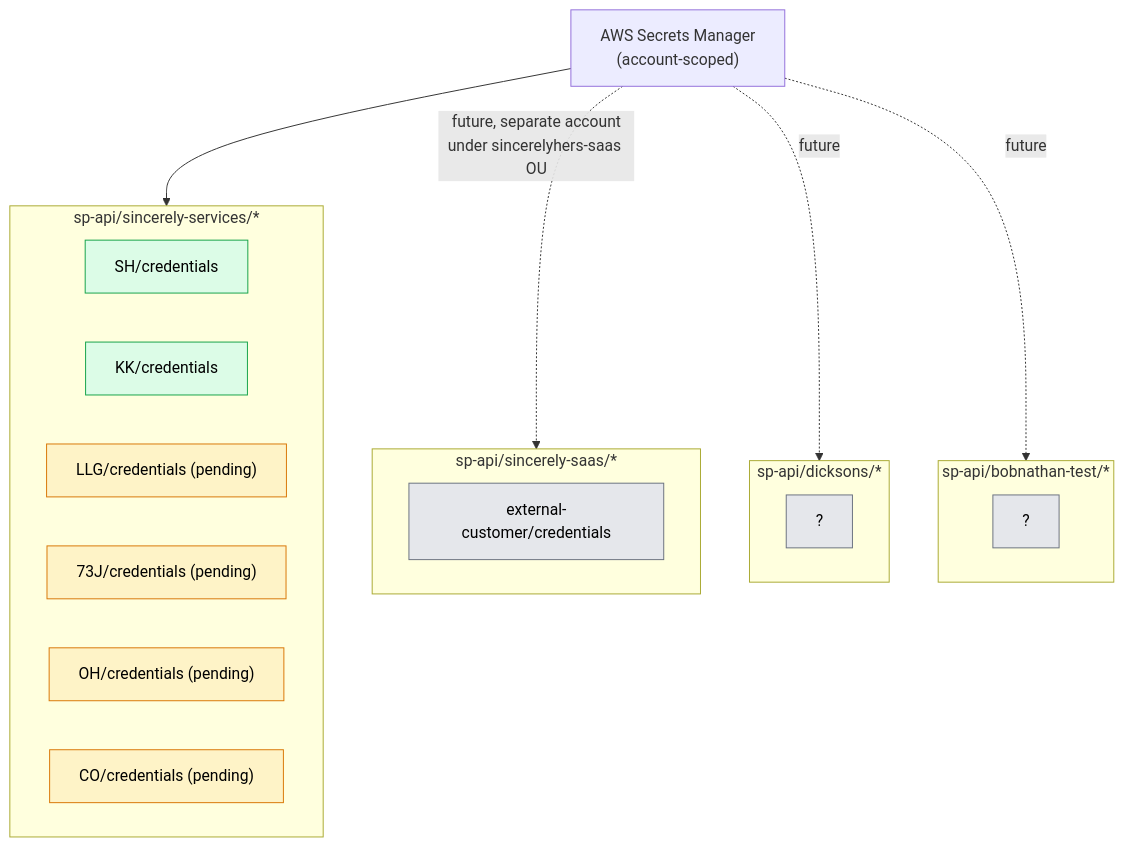
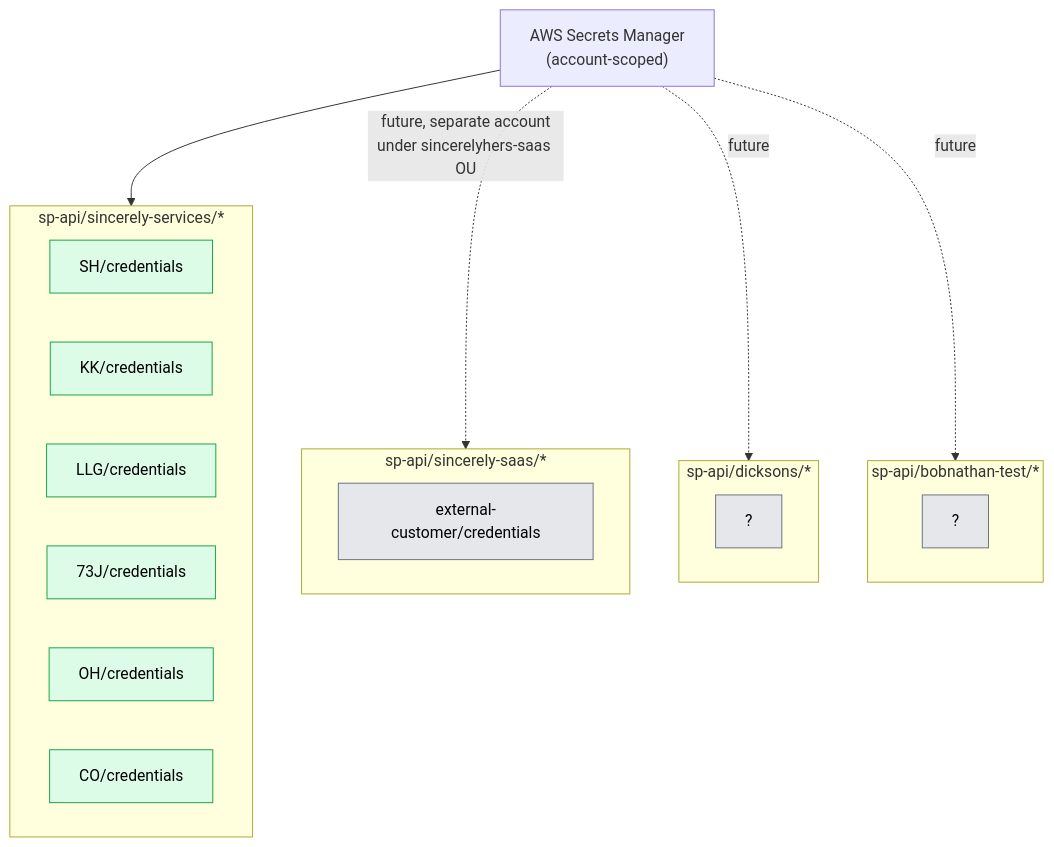
The first of 2 diagrams in docs/architecture/04-secrets-and-auth.md (BravoAlpha59/cloud-monorepo), drawn with Mermaid before and after one commit. The commit also changed 3 other files, not shown here.

````diff
--- a/docs/architecture/04-secrets-and-auth.md
+++ b/docs/architecture/04-secrets-and-auth.md
@@ -21,37 +21,35 @@
 ```mermaid
 flowchart TD
     SM["AWS Secrets Manager<br/>(account-scoped)"]
 
     subgraph SS["sp-api/sincerely-services/*"]
       SH["SH/credentials"]
       KK["KK/credentials"]
-      LLG["LLG/credentials (pending)"]
-      J73["73J/credentials (pending)"]
-      OH["OH/credentials (pending)"]
-      CO["CO/credentials (pending)"]
+      LLG["LLG/credentials"]
+      J73["73J/credentials"]
+      OH["OH/credentials"]
+      CO["CO/credentials"]
     end
 
     subgraph FUTURE["sp-api/sincerely-saas/*"]
       Saas["external-customer/credentials"]
     end
 
     subgraph FUTURE2["sp-api/dicksons/*"]
       Dick["?"]
     end
 
     subgraph FUTURE3["sp-api/bobnathan-test/*"]
       Bn["?"]
     end
 
     SM --> SS
     SM -. "future, separate account<br/>under sincerelyhers-saas OU" .-> FUTURE
     SM -. "future" .-> FUTURE2
     SM -. "future" .-> FUTURE3
 
     classDef live fill:#dcfce7,stroke:#16a34a,color:#000
-    classDef pending fill:#fef3c7,stroke:#d97706,color:#000
     classDef future fill:#e5e7eb,stroke:#6b7280,color:#000
-    class SH,KK live
-    class LLG,J73,OH,CO pending
+    class SH,KK,LLG,J73,OH,CO live
     class Saas,Dick,Bn future
 ```
````
